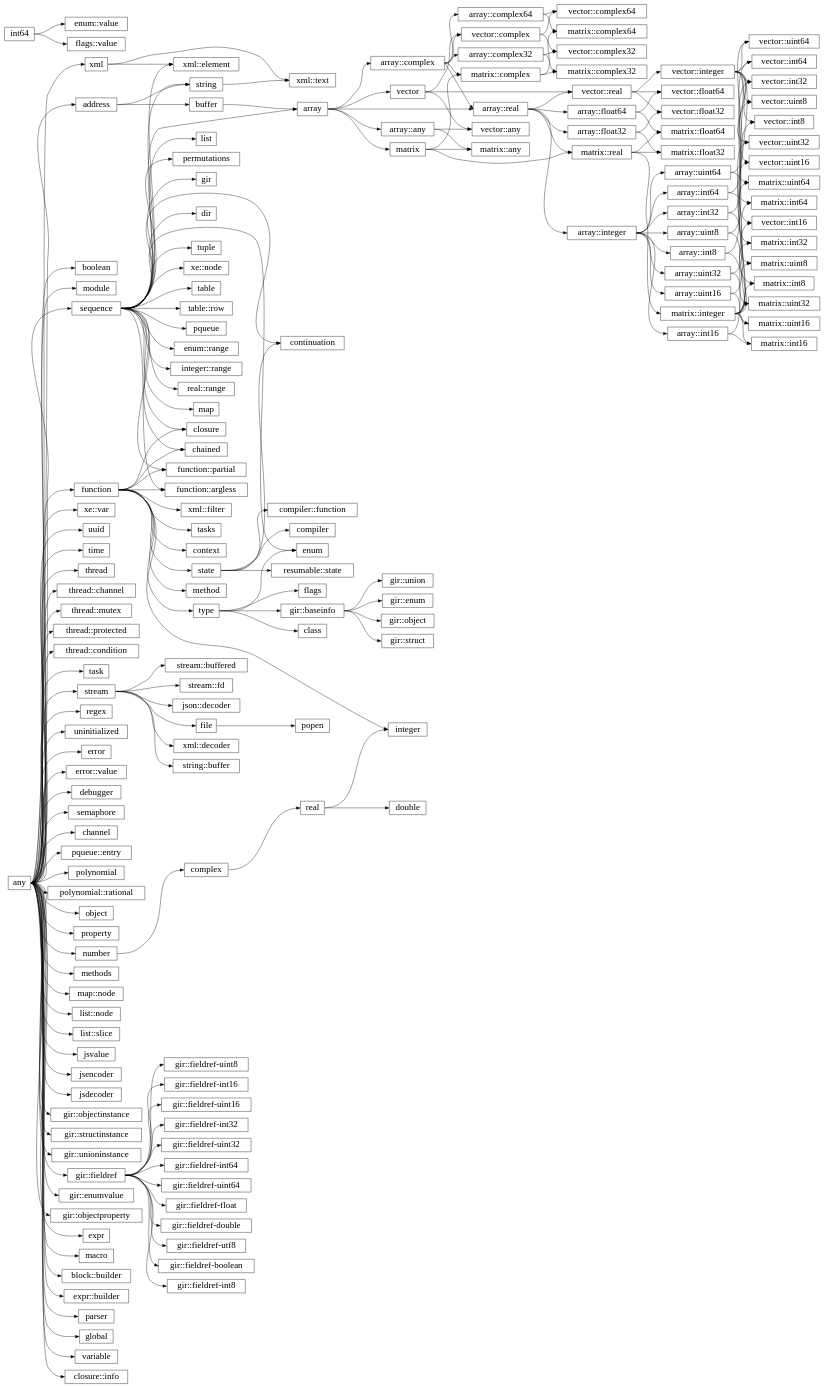
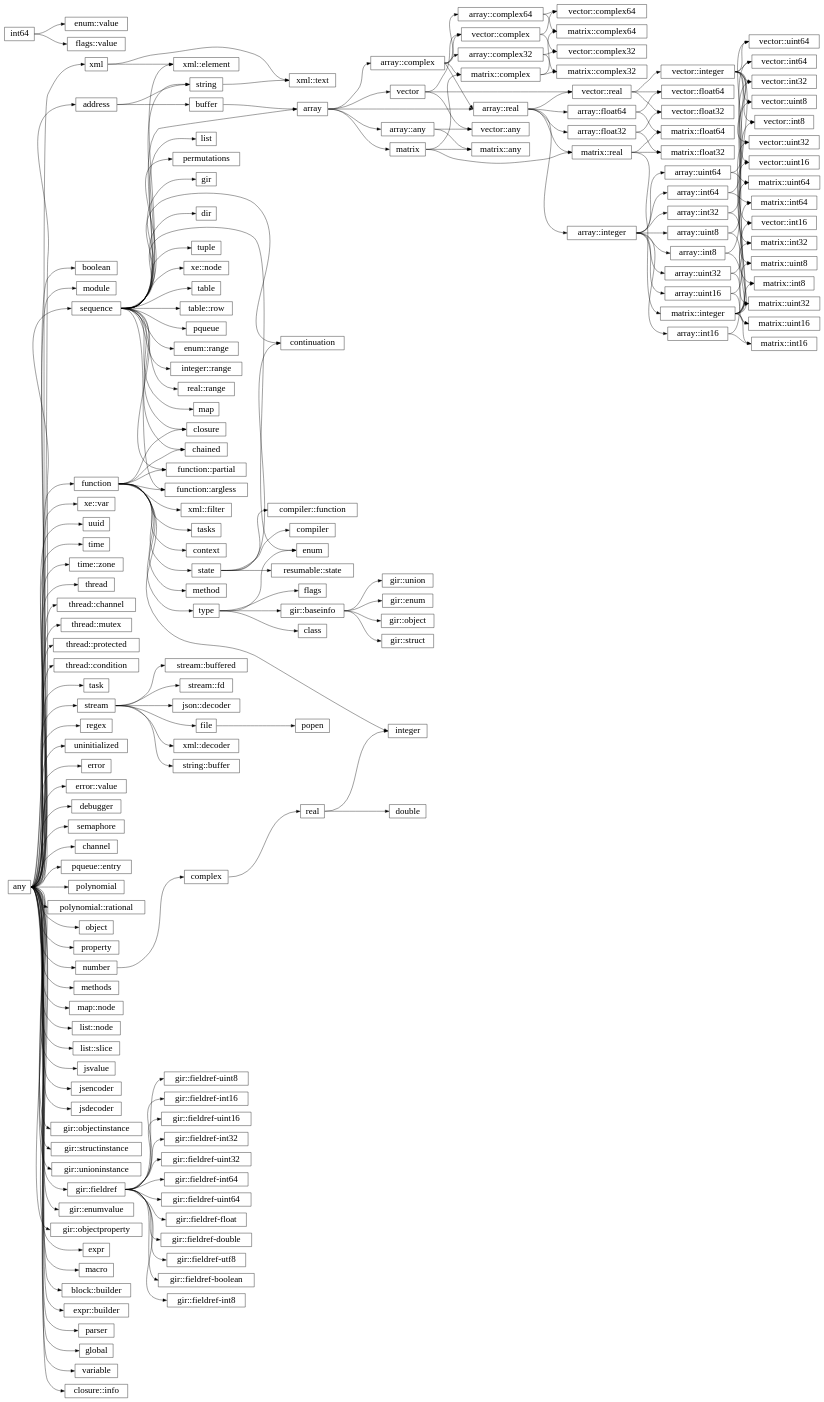
The diagram in docs/library/hierarchy.rst (wrapl/minilang), drawn with Graphviz before and after one commit. The commit also changed 10 other files, not shown here.

```diff
--- a/docs/library/hierarchy.rst
+++ b/docs/library/hierarchy.rst
@@ -33,6 +33,7 @@
       "any":e -> "xe::var":w;
       "any":e -> "uuid":w;
       "any":e -> "time":w;
+      "any":e -> "time::zone":w;
       "any":e -> "thread":w;
       "any":e -> "thread::channel":w;
       "any":e -> "thread::mutex":w;
```
